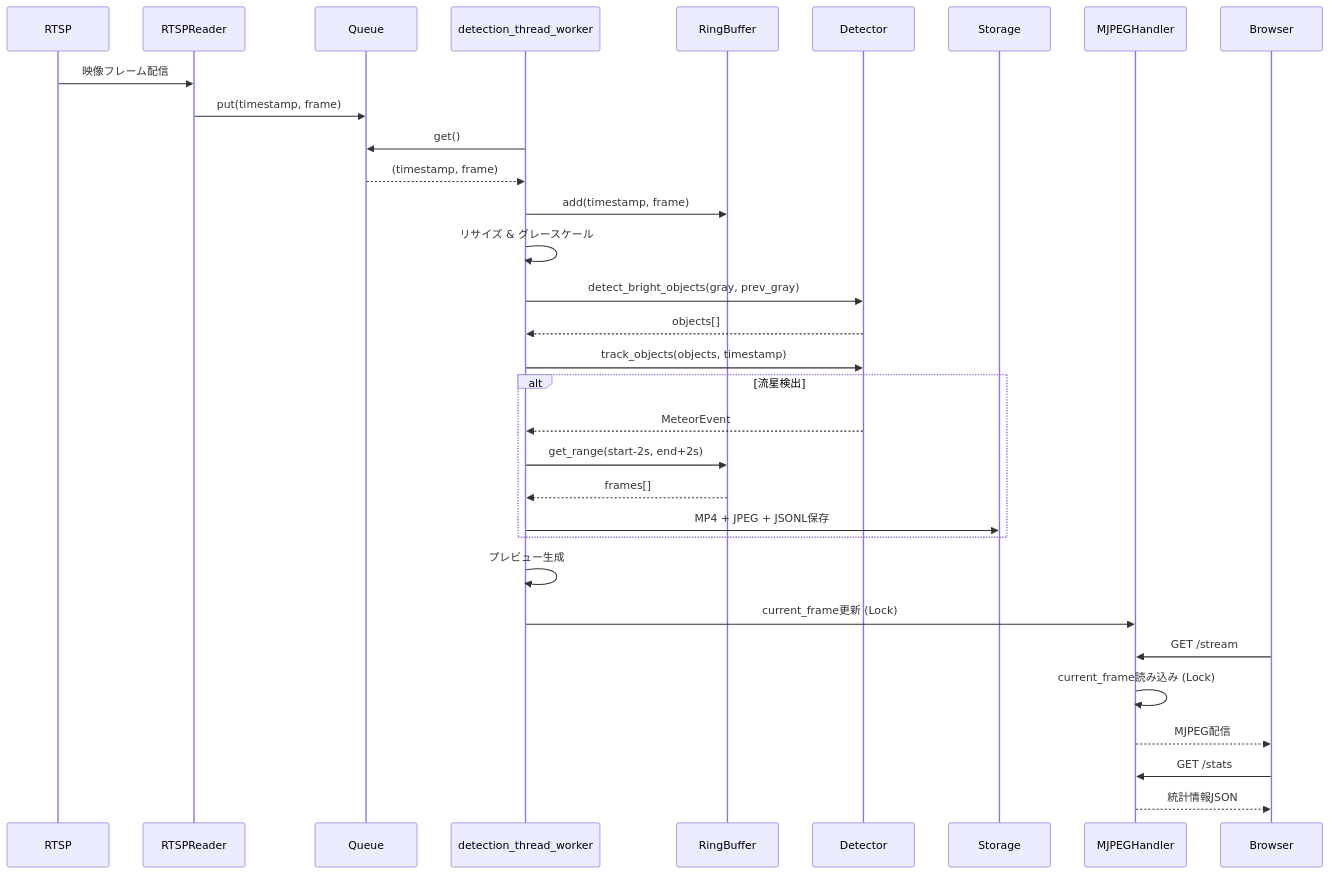
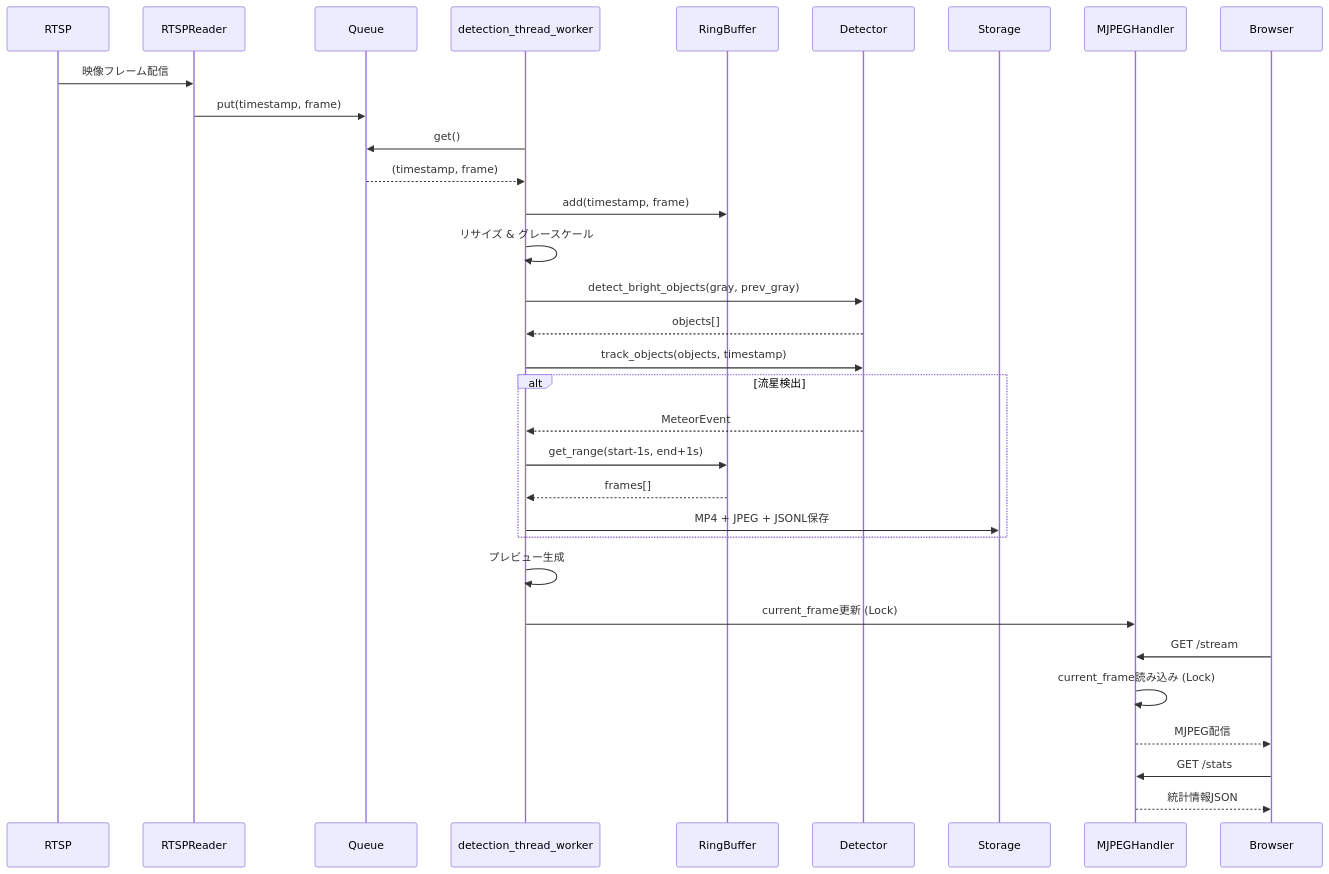
One commit to Masakai/meteo changed the tenth of 12 diagrams in documents/DETECTOR_COMPONENTS.md. Above: the diagram before and after it, drawn with Mermaid. The commit also changed other lines of this file and 9 other files, not shown here.

````diff
--- a/documents/DETECTOR_COMPONENTS.md
+++ b/documents/DETECTOR_COMPONENTS.md
@@ -535,44 +556,44 @@
 ```mermaid
 sequenceDiagram
     participant RTSP
     participant RTSPReader
     participant Queue
     participant Worker as detection_thread_worker
     participant Buffer as RingBuffer
     participant Detector
     participant Storage
     participant Web as MJPEGHandler
     participant Browser
 
     RTSP->>RTSPReader: 映像フレーム配信
     RTSPReader->>Queue: put(timestamp, frame)
 
     Worker->>Queue: get()
     Queue-->>Worker: (timestamp, frame)
 
     Worker->>Buffer: add(timestamp, frame)
 
     Worker->>Worker: リサイズ & グレースケール
 
     Worker->>Detector: detect_bright_objects(gray, prev_gray)
     Detector-->>Worker: objects[]
 
     Worker->>Detector: track_objects(objects, timestamp)
 
     alt 流星検出
         Detector-->>Worker: MeteorEvent
-        Worker->>Buffer: get_range(start-2s, end+2s)
+        Worker->>Buffer: get_range(start-1s, end+1s)
         Buffer-->>Worker: frames[]
         Worker->>Storage: MP4 + JPEG + JSONL保存
     end
 
     Worker->>Worker: プレビュー生成
     Worker->>Web: current_frame更新 (Lock)
 
     Browser->>Web: GET /stream
     Web->>Web: current_frame読み込み (Lock)
     Web-->>Browser: MJPEG配信
 
     Browser->>Web: GET /stats
     Web-->>Browser: 統計情報JSON
 ```
````
